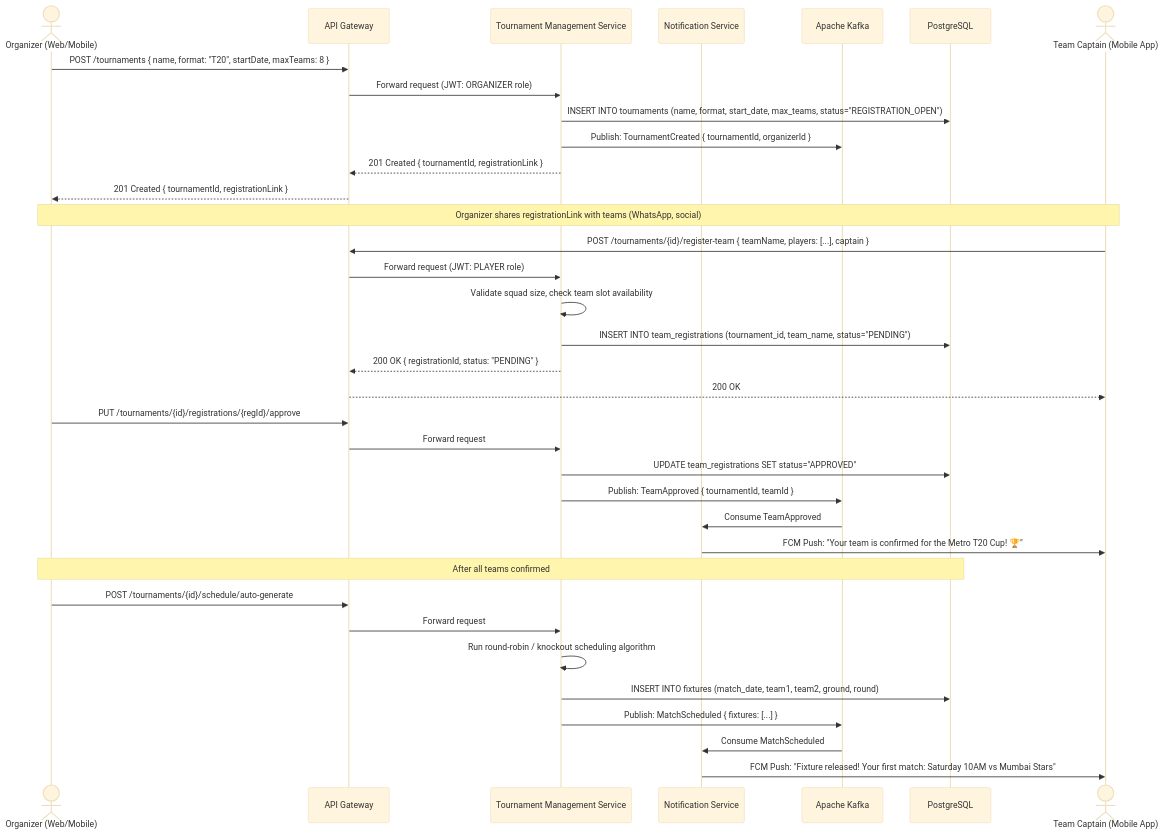
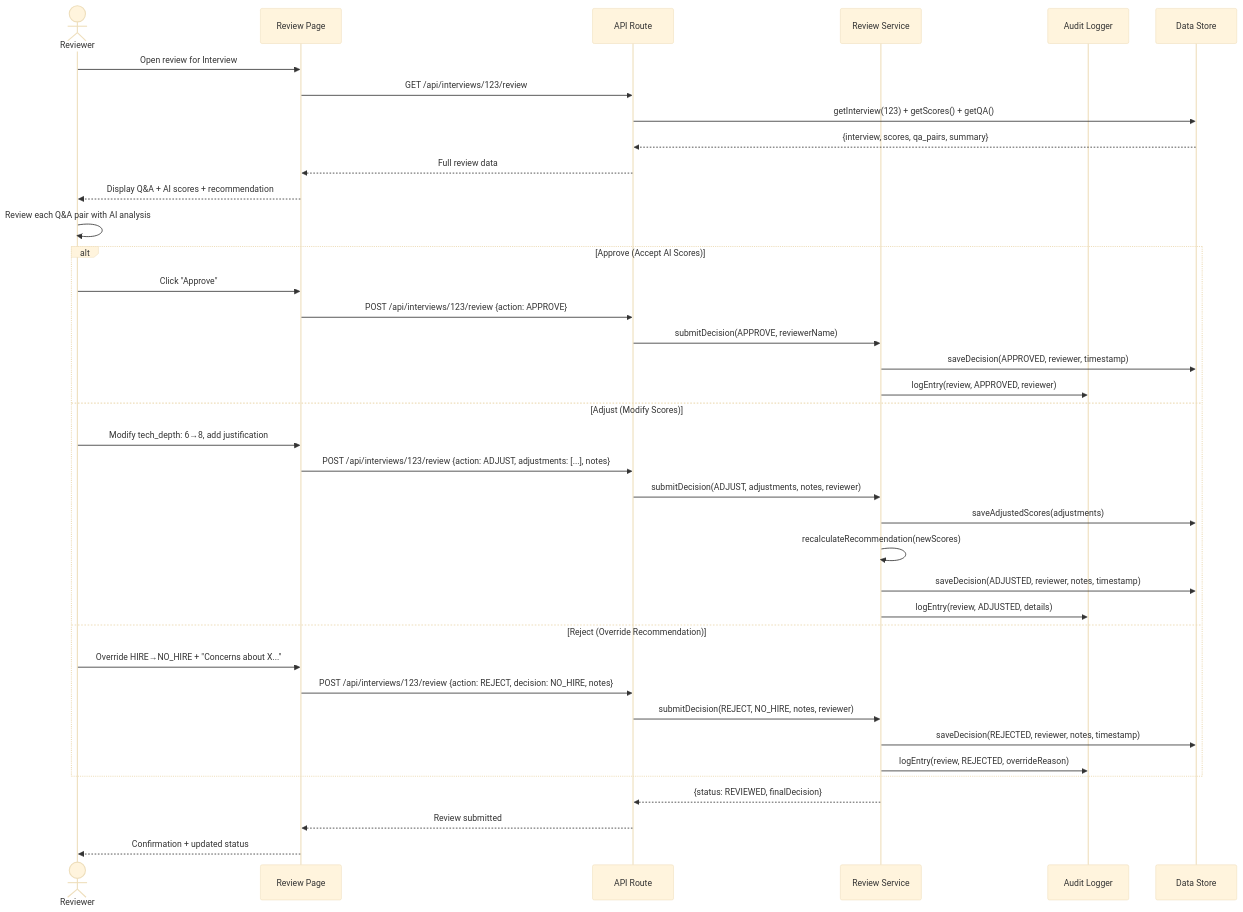
One commit to adityasinghz/kata changed the fourth of 4 diagrams in SEQUENCE_DIAGRAMS.md. Above: the diagram before and after it, drawn with Mermaid (base theme). The commit also changed other lines of this file and 20 other files, not shown here.

````diff
--- a/SEQUENCE_DIAGRAMS.md
+++ b/SEQUENCE_DIAGRAMS.md
@@ -80,42 +157,44 @@
 ```mermaid
 sequenceDiagram
-    actor Org as Organizer (Web/Mobile)
-    participant GW as API Gateway
-    participant TOUR as Tournament Management Service
-    participant NOTIFY as Notification Service
-    participant KAFKA as Apache Kafka
-    participant PG as PostgreSQL
-    actor Team as Team Captain (Mobile App)
+    actor R as Reviewer
+    participant UI as Review Page
+    participant API as API Route
+    participant RS as Review Service
+    participant AL as Audit Logger
+    participant DB as Data Store
 
-    Org->>GW: POST /tournaments { name, format: "T20", startDate, maxTeams: 8 }
-    GW->>TOUR: Forward request (JWT: ORGANIZER role)
-    TOUR->>PG: INSERT INTO tournaments (name, format, start_date, max_teams, status="REGISTRATION_OPEN")
-    TOUR->>KAFKA: Publish: TournamentCreated { tournamentId, organizerId }
-    TOUR-->>GW: 201 Created { tournamentId, registrationLink }
-    GW-->>Org: 201 Created { tournamentId, registrationLink }
+    R->>UI: Open review for Interview #123
+    UI->>API: GET /api/interviews/123/review
+    API->>DB: getInterview(123) + getScores() + getQA()
+    DB-->>API: {interview, scores, qa_pairs, summary}
+    API-->>UI: Full review data
+    UI-->>R: Display Q&A + AI scores + recommendation
 
-    Note over Org,Team: Organizer shares registrationLink with teams (WhatsApp, social)
-    
-    Team->>GW: POST /tournaments/{id}/register-team { teamName, players: [...], captain }
-    GW->>TOUR: Forward request (JWT: PLAYER role)
-    TOUR->>TOUR: Validate squad size, check team slot availability
-    TOUR->>PG: INSERT INTO team_registrations (tournament_id, team_name, status="PENDING")
-    TOUR-->>GW: 200 OK { registrationId, status: "PENDING" }
-    GW-->>Team: 200 OK
+    R->>R: Review each Q&A pair with AI analysis
 
-    Org->>GW: PUT /tournaments/{id}/registrations/{regId}/approve
-    GW->>TOUR: Forward request
-    TOUR->>PG: UPDATE team_registrations SET status="APPROVED"
-    TOUR->>KAFKA: Publish: TeamApproved { tournamentId, teamId }
-    KAFKA->>NOTIFY: Consume TeamApproved
-    NOTIFY->>Team: FCM Push: "Your team is confirmed for the Metro T20 Cup! 🏆"
+    alt Approve (Accept AI Scores)
+        R->>UI: Click "Approve"
+        UI->>API: POST /api/interviews/123/review {action: APPROVE}
+        API->>RS: submitDecision(APPROVE, reviewerName)
+        RS->>DB: saveDecision(APPROVED, reviewer, timestamp)
+        RS->>AL: logEntry(review, APPROVED, reviewer)
+    else Adjust (Modify Scores)
+        R->>UI: Modify tech_depth: 6→8, add justification
+        UI->>API: POST /api/interviews/123/review {action: ADJUST, adjustments: [...], notes}
+        API->>RS: submitDecision(ADJUST, adjustments, notes, reviewer)
+        RS->>DB: saveAdjustedScores(adjustments)
+        RS->>RS: recalculateRecommendation(newScores)
+        RS->>DB: saveDecision(ADJUSTED, reviewer, notes, timestamp)
+        RS->>AL: logEntry(review, ADJUSTED, details)
+    else Reject (Override Recommendation)
+        R->>UI: Override HIRE→NO_HIRE + "Concerns about X..."
+        UI->>API: POST /api/interviews/123/review {action: REJECT, decision: NO_HIRE, notes}
+        API->>RS: submitDecision(REJECT, NO_HIRE, notes, reviewer)
+        RS->>DB: saveDecision(REJECTED, reviewer, notes, timestamp)
+        RS->>AL: logEntry(review, REJECTED, overrideReason)
+    end
 
-    Note over Org,PG: After all teams confirmed
-    Org->>GW: POST /tournaments/{id}/schedule/auto-generate
-    GW->>TOUR: Forward request
-    TOUR->>TOUR: Run round-robin / knockout scheduling algorithm
-    TOUR->>PG: INSERT INTO fixtures (match_date, team1, team2, ground, round)
-    TOUR->>KAFKA: Publish: MatchScheduled { fixtures: [...] }
-    KAFKA->>NOTIFY: Consume MatchScheduled
-    NOTIFY->>Team: FCM Push: "Fixture released! Your first match: Saturday 10AM vs Mumbai Stars"
+    RS-->>API: {status: REVIEWED, finalDecision}
+    API-->>UI: Review submitted
+    UI-->>R: Confirmation + updated status
 ```
````
